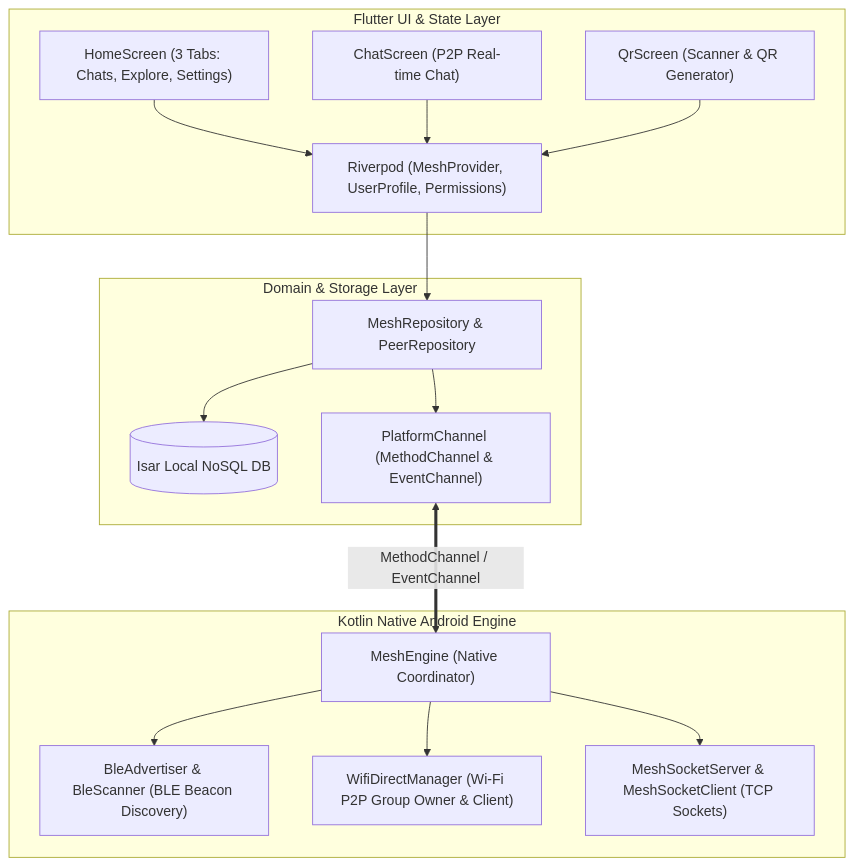
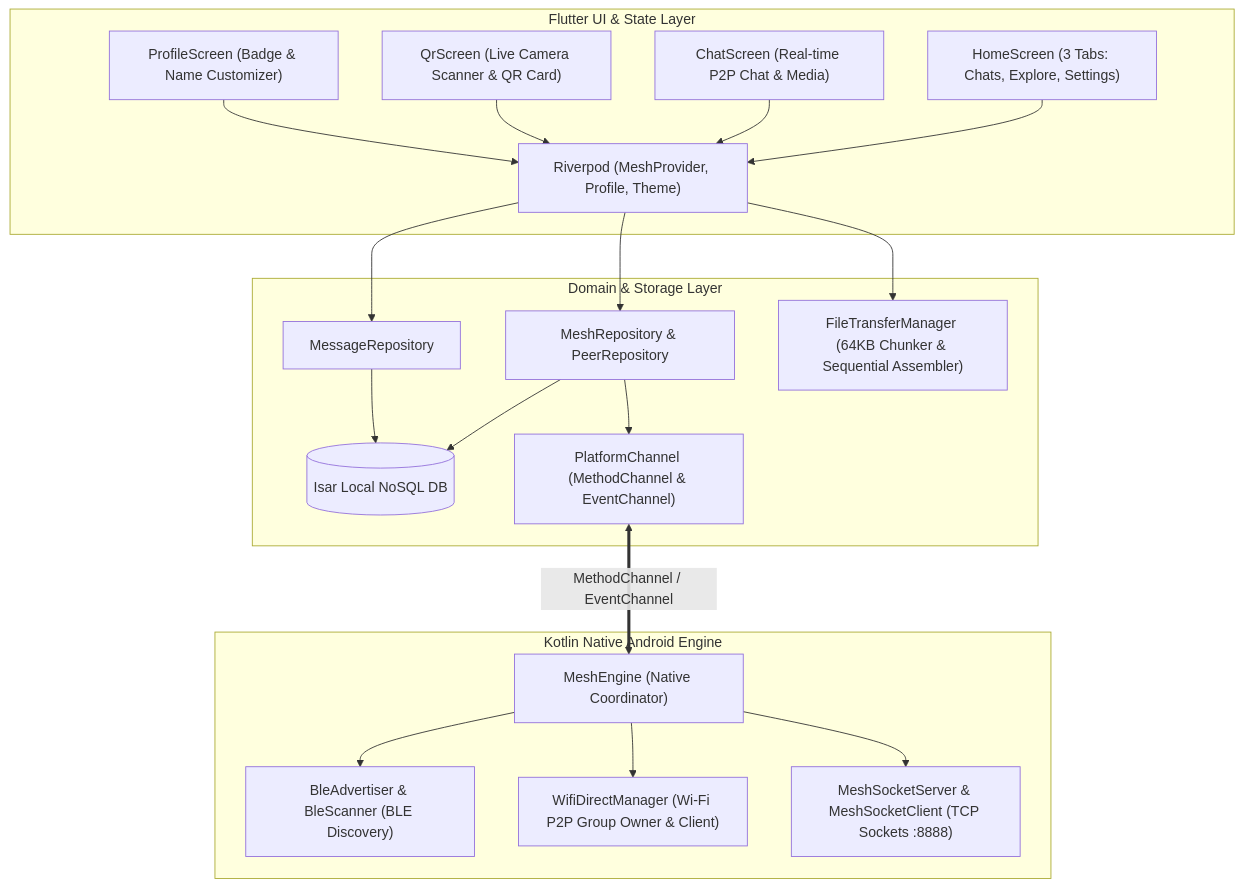
The diagram in README.md (Op-Vision17/MeshLink), drawn with Mermaid before and after one commit. The commit also changed other lines of this file and 10 other files, not shown here.

````diff
--- a/README.md
+++ b/README.md
@@ -43,33 +49,40 @@
 ```mermaid
 graph TD
     subgraph UI_Layer ["Flutter UI & State Layer"]
         HomeScreen["HomeScreen (3 Tabs: Chats, Explore, Settings)"]
-        ChatScreen["ChatScreen (P2P Real-time Chat)"]
-        QrScreen["QrScreen (Scanner & QR Generator)"]
-        Riverpod["Riverpod (MeshProvider, UserProfile, Permissions)"]
+        ChatScreen["ChatScreen (Real-time P2P Chat & Media)"]
+        QrScreen["QrScreen (Live Camera Scanner & QR Card)"]
+        ProfileScreen["ProfileScreen (Badge & Name Customizer)"]
+        Riverpod["Riverpod (MeshProvider, Profile, Theme)"]
     end
 
     subgraph Core_Layer ["Domain & Storage Layer"]
-        Repo["MeshRepository & PeerRepository"]
+        MeshRepo["MeshRepository & PeerRepository"]
+        MessageRepo["MessageRepository"]
+        FileTransfer["FileTransferManager (64KB Chunker & Sequential Assembler)"]
         IsarDB[("Isar Local NoSQL DB")]
         PlatformBridge["PlatformChannel (MethodChannel & EventChannel)"]
     end
 
     subgraph Native_Layer ["Kotlin Native Android Engine"]
         Engine["MeshEngine (Native Coordinator)"]
-        BLE["BleAdvertiser & BleScanner (BLE Beacon Discovery)"]
+        BLE["BleAdvertiser & BleScanner (BLE Discovery)"]
         WiFiDirect["WifiDirectManager (Wi-Fi P2P Group Owner & Client)"]
-        Sockets["MeshSocketServer & MeshSocketClient (TCP Sockets)"]
+        Sockets["MeshSocketServer & MeshSocketClient (TCP Sockets :8888)"]
     end
 
     HomeScreen --> Riverpod
     ChatScreen --> Riverpod
     QrScreen --> Riverpod
-    Riverpod --> Repo
-    Repo --> IsarDB
-    Repo --> PlatformBridge
+    ProfileScreen --> Riverpod
+    Riverpod --> MeshRepo
+    Riverpod --> MessageRepo
+    Riverpod --> FileTransfer
+    MeshRepo --> IsarDB
+    MessageRepo --> IsarDB
+    MeshRepo --> PlatformBridge
     PlatformBridge <==>|"MethodChannel / EventChannel"| Engine
     Engine --> BLE
     Engine --> WiFiDirect
     Engine --> Sockets
 ```
````
